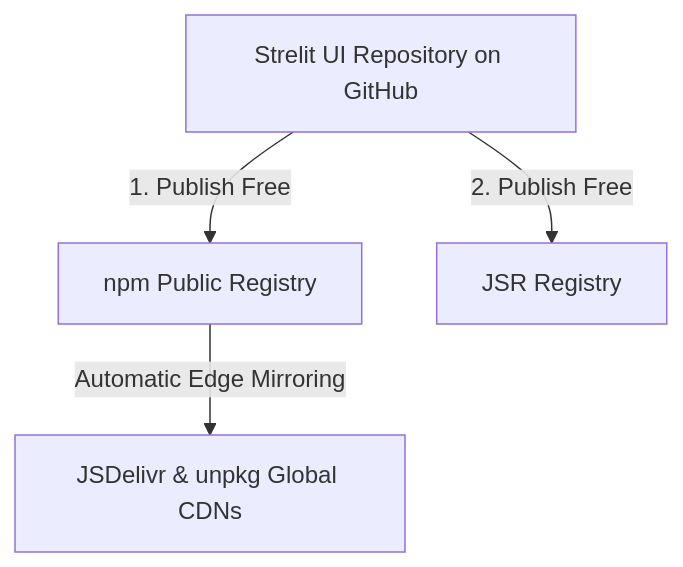
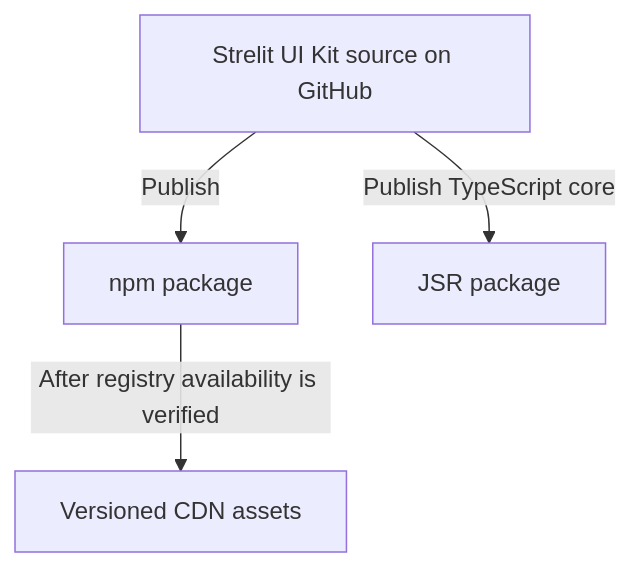
Before and after one commit to dey-joydeep/strelit-ui-kit: the third of 4 diagrams in docs/architecture/future-expansion-plan-roadmap.md, drawn with Mermaid. The commit also changed other lines of this file and 11 other files, not shown here.

Commit message:
chore: prepare public repository materials for 1.0

````diff
--- a/docs/architecture/future-expansion-plan-roadmap.md
+++ b/docs/architecture/future-expansion-plan-roadmap.md
@@ -218,6 +226,6 @@
 ```mermaid
 graph TD
-    A[Strelit UI Repository on GitHub] -->|1. Publish Free| B[npm Public Registry]
-    A -->|2. Publish Free| C[JSR Registry]
-    B -->|Automatic Edge Mirroring| D[JSDelivr & unpkg Global CDNs]
+    A[Strelit UI Kit source on GitHub] -->|Publish| B[npm package]
+    A -->|Publish TypeScript core| C[JSR package]
+    B -->|After registry availability is verified| D[Versioned CDN assets]
 ```
````
